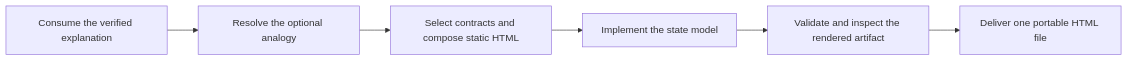
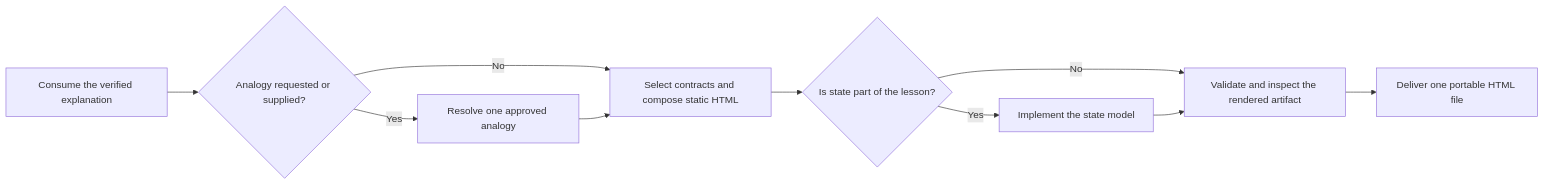
The diagram in plugin/skills/ptlam-visualization-with-html/SKILL.md (fam-tung-lam/ptlam-agent-plugin), drawn with Mermaid before and after one commit. The commit also changed other lines of this file and 60 other files, not shown here.

First line of the commit message:
refactor(skills): make skill instructions diagram-first

````diff
--- a/plugin/skills/ptlam-visualization-with-html/SKILL.md
+++ b/plugin/skills/ptlam-visualization-with-html/SKILL.md
@@ -16,8 +16,12 @@
 ```mermaid
 flowchart LR
-    A[Consume the verified explanation] --> B[Resolve the optional analogy]
-    B --> C[Select contracts and compose static HTML]
-    C --> D[Implement the state model]
-    D --> E[Validate and inspect the rendered artifact]
-    E --> F[Deliver one portable HTML file]
+    ConsumeExplanation["Consume the verified explanation"] --> AnalogyBranch{"Analogy requested or supplied?"}
+    AnalogyBranch -->|"Yes"| ResolveAnalogy["Resolve one approved analogy"]
+    AnalogyBranch -->|"No"| ComposeDocument["Select contracts and compose static HTML"]
+    ResolveAnalogy --> ComposeDocument
+    ComposeDocument --> StateBranch{"Is state part of the lesson?"}
+    StateBranch -->|"Yes"| ImplementState["Implement the state model"]
+    StateBranch -->|"No"| InspectArtifact["Validate and inspect the rendered artifact"]
+    ImplementState --> InspectArtifact
+    InspectArtifact --> DeliverArtifact["Deliver one portable HTML file"]
 ```
````
